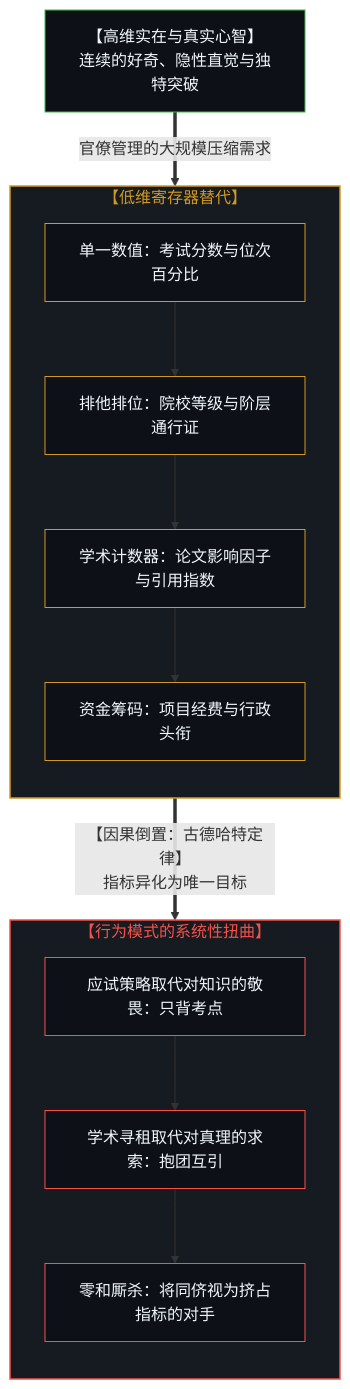
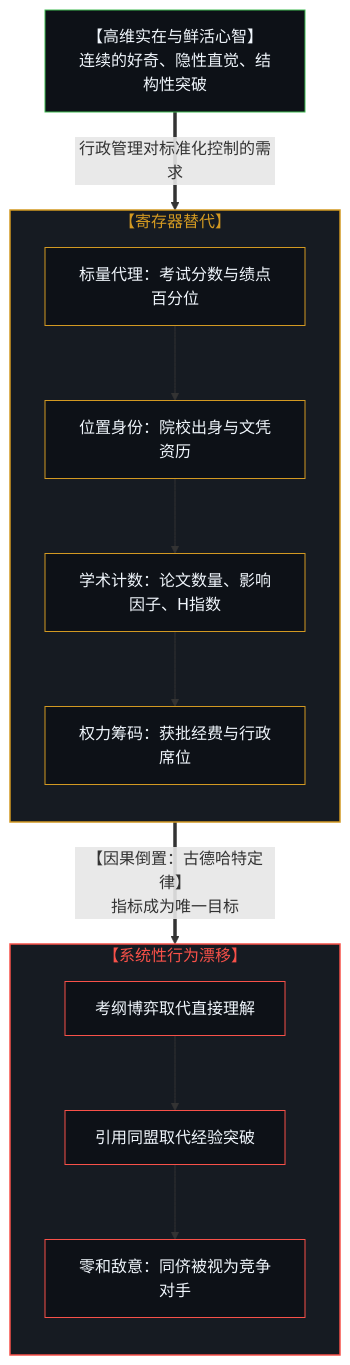
Before and after one commit to powerpig99/not-a-toe: the third of 10 diagrams in content/posts/the-reversal-of-education-and-science.md, drawn with Mermaid. The commit also changed other lines of this file and 2 other files, not shown here.

````diff
--- a/content/posts/the-reversal-of-education-and-science.md
+++ b/content/posts/the-reversal-of-education-and-science.md
@@ -115,36 +109,31 @@
 ```mermaid
 flowchart TD
-    HighDReality["【高维实在与真实心智】<br/>连续的好奇、隐性直觉与独特突破"]
-    
-    HighDReality ==>|"官僚管理的大规模压缩需求"| S_LowD
-    
-    subgraph S_LowD["【低维寄存器替代】"]
+    HighDReality["【高维实在与鲜活心智】<br/>连续的好奇、隐性直觉、结构性突破"]
+    HighDReality ==>|"行政管理对标准化控制的需求"| S_LowD
+    subgraph S_LowD["【寄存器替代】"]
         direction TB
-        Metric1["单一数值：考试分数与位次百分比"]
-        Metric2["排他排位：院校等级与阶层通行证"]
-        Metric3["学术计数器：论文影响因子与引用指数"]
-        Metric4["资金筹码：项目经费与行政头衔"]
+        Metric1["标量代理：考试分数与绩点百分位"]
+        Metric2["位置身份：院校出身与文凭资历"]
+        Metric3["学术计数：论文数量、影响因子、H指数"]
+        Metric4["权力筹码：获批经费与行政席位"]
         Metric1 --> Metric2 --> Metric3 --> Metric4
     end
-    
-    S_LowD ==>|"【因果倒置：古德哈特定律】<br/>指标异化为唯一目标"| S_Drift
-    
-    subgraph S_Drift["【行为模式的系统性扭曲】"]
+    S_LowD ==>|"【因果倒置：古德哈特定律】<br/>指标成为唯一目标"| S_Drift
+    subgraph S_Drift["【系统性行为漂移】"]
         direction TB
-        DriftA["应试策略取代对知识的敬畏：只背考点"]
-        DriftB["学术寻租取代对真理的求索：抱团互引"]
-        DriftC["零和厮杀：将同侪视为挤占指标的对手"]
+        DriftA["考纲博弈取代直接理解"]
+        DriftB["引用同盟取代经验突破"]
+        DriftC["零和敌意：同侪被视为竞争对手"]
         DriftA --> DriftB --> DriftC
     end
-
     style HighDReality fill:#0d1117,stroke:#3fb950,stroke-width:1px,color:#f0f6fc
     style S_LowD fill:#161b22,stroke:#d29922,stroke-width:1.5px,color:#d29922
     style S_Drift fill:#161b22,stroke:#f85149,stroke-width:1.5px,color:#f85149
     style Metric1 fill:#0d1117,stroke:#d29922,stroke-width:1px,color:#f0f6fc
     style Metric2 fill:#0d1117,stroke:#d29922,stroke-width:1px,color:#f0f6fc
     style Metric3 fill:#0d1117,stroke:#d29922,stroke-width:1px,color:#f0f6fc
     style Metric4 fill:#0d1117,stroke:#d29922,stroke-width:1px,color:#f0f6fc
     style DriftA fill:#0d1117,stroke:#f85149,stroke-width:1px,color:#f0f6fc
     style DriftB fill:#0d1117,stroke:#f85149,stroke-width:1px,color:#f0f6fc
     style DriftC fill:#0d1117,stroke:#f85149,stroke-width:1px,color:#f0f6fc
 ```
````
